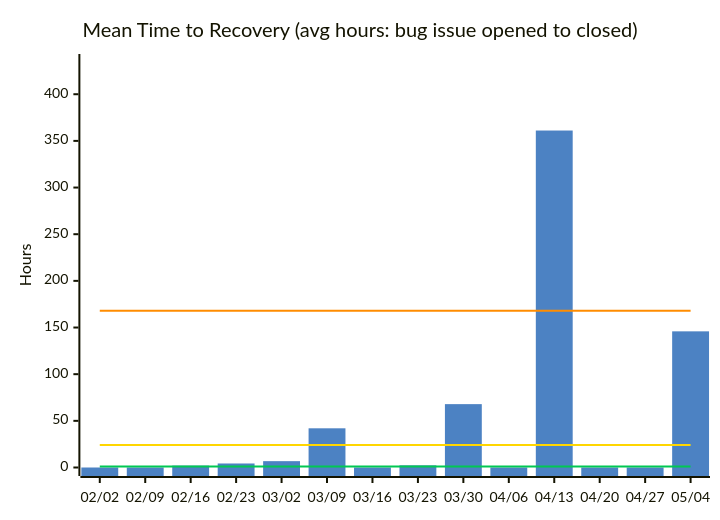
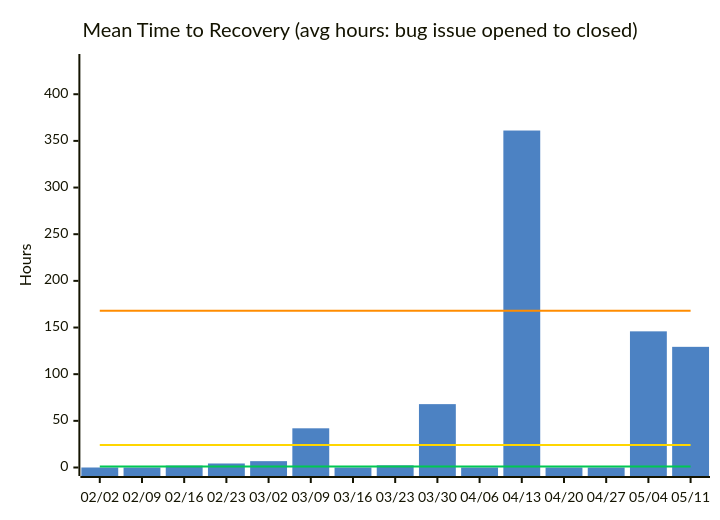
Before and after one commit to nablarch/nabledge-dev: the fourth of 14 diagrams in docs/metrics.md, drawn with Mermaid. The commit also changed other lines of this file and 2 other files, not shown here.

````diff
--- a/docs/metrics.md
+++ b/docs/metrics.md
@@ -73,11 +73,11 @@
 ```mermaid
 %%{init: {'theme': 'base', 'themeVariables': {'xyChart': {'plotColorPalette': '#4C82C3,#00C853,#FFD600,#FF8C00'}}}}%%
 xychart-beta
   title "Mean Time to Recovery (avg hours: bug issue opened to closed)"
-  x-axis ["02/02", "02/09", "02/16", "02/23", "03/02", "03/09", "03/16", "03/23", "03/30", "04/06", "04/13", "04/20", "04/27", "05/04"]
+  x-axis ["02/02", "02/09", "02/16", "02/23", "03/02", "03/09", "03/16", "03/23", "03/30", "04/06", "04/13", "04/20", "04/27", "05/04", "05/11"]
   y-axis "Hours" 0 --> 434
-  bar [0, 0, 2, 4.3, 6.8, 42, 0, 2.3, 67.9, 0, 361.1, 0, 0, 145.9]
-  line [1, 1, 1, 1, 1, 1, 1, 1, 1, 1, 1, 1, 1, 1]
-  line [24, 24, 24, 24, 24, 24, 24, 24, 24, 24, 24, 24, 24, 24]
-  line [168, 168, 168, 168, 168, 168, 168, 168, 168, 168, 168, 168, 168, 168]
+  bar [0, 0, 2, 4.3, 6.8, 42, 0, 2.3, 67.9, 0, 361.1, 0, 0, 145.9, 129.3]
+  line [1, 1, 1, 1, 1, 1, 1, 1, 1, 1, 1, 1, 1, 1, 1]
+  line [24, 24, 24, 24, 24, 24, 24, 24, 24, 24, 24, 24, 24, 24, 24]
+  line [168, 168, 168, 168, 168, 168, 168, 168, 168, 168, 168, 168, 168, 168, 168]
 ```
````
